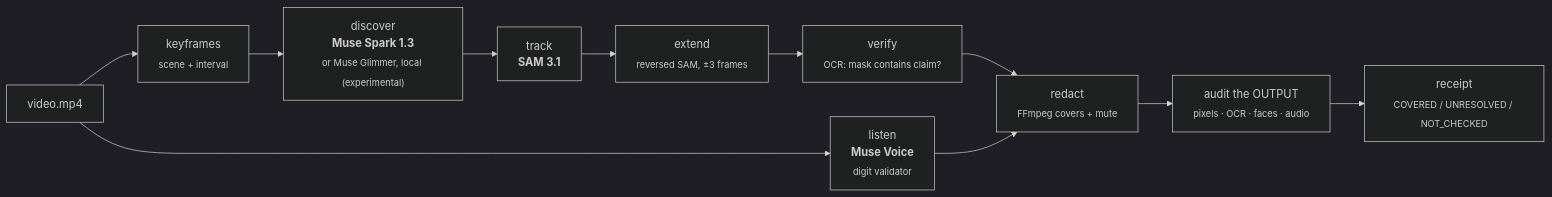
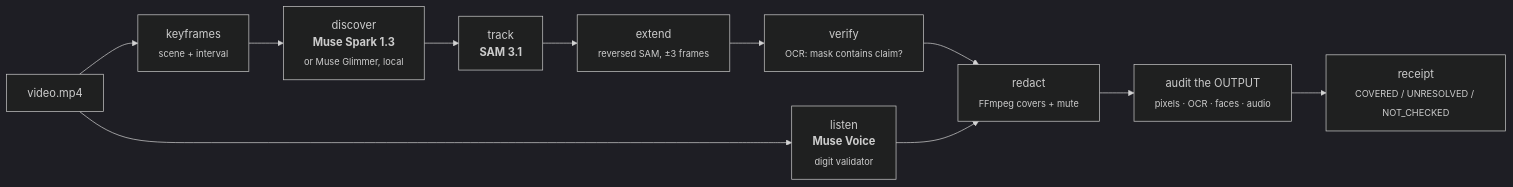
One commit to thecodekaizen/veil changed the diagram in README.md. Above: the diagram before and after it, drawn with Mermaid (dark theme). The commit also changed other lines of this file and 1 other file, not shown here.

Commit message:
docs: README natural export (before/after) and Muse Glimmer open-weight result; 122 tests

````diff
--- a/README.md
+++ b/README.md
@@ -162,13 +183,13 @@
 ```mermaid
 flowchart LR
     V[video.mp4] --> K[keyframes<br/><sub>scene + interval</sub>]
-    K --> D["discover<br/><b>Muse Spark 1.3</b><br/><sub>or Muse Glimmer, local (experimental)</sub>"]
+    K --> D["discover<br/><b>Muse Spark 1.3</b><br/><sub>or Muse Glimmer, local</sub>"]
     D --> T["track<br/><b>SAM 3.1</b>"]
     T --> E[extend<br/><sub>reversed SAM, ±3 frames</sub>]
     E --> X[verify<br/><sub>OCR: mask contains claim?</sub>]
     V --> L["listen<br/><b>Muse Voice</b><br/><sub>digit validator</sub>"]
     X --> R[redact<br/><sub>FFmpeg covers + mute</sub>]
     L --> R
     R --> A[audit the OUTPUT<br/><sub>pixels · OCR · faces · audio</sub>]
     A --> P[receipt<br/><sub>COVERED / UNRESOLVED / NOT_CHECKED</sub>]
 ```
````
